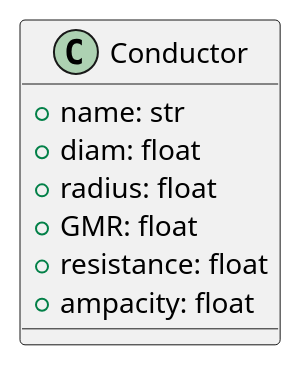
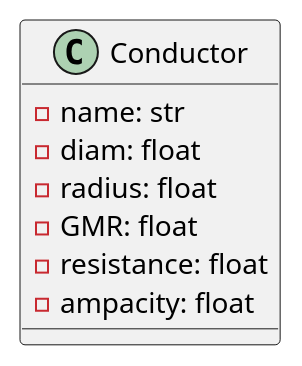
One commit to JLipnerPitt/ECE2774-ADV-POWER-SYSTEMS-ANALYSIS changed the fifth of 10 diagrams in project2.plantuml. Above: the diagram before and after it, drawn with PlantUML. The commit also changed other lines of this file, not shown here.

```diff
--- a/project2.plantuml
+++ b/project2.plantuml
@@ -81,10 +96,10 @@
 @startuml Conductor
 class Conductor {
-    +name: str
-    +diam: float
-    +radius: float
-    +GMR: float
-    +resistance: float
-    +ampacity: float
+    -name: str
+    -diam: float
+    -radius: float
+    -GMR: float
+    -resistance: float
+    -ampacity: float
 }
 @enduml
```
